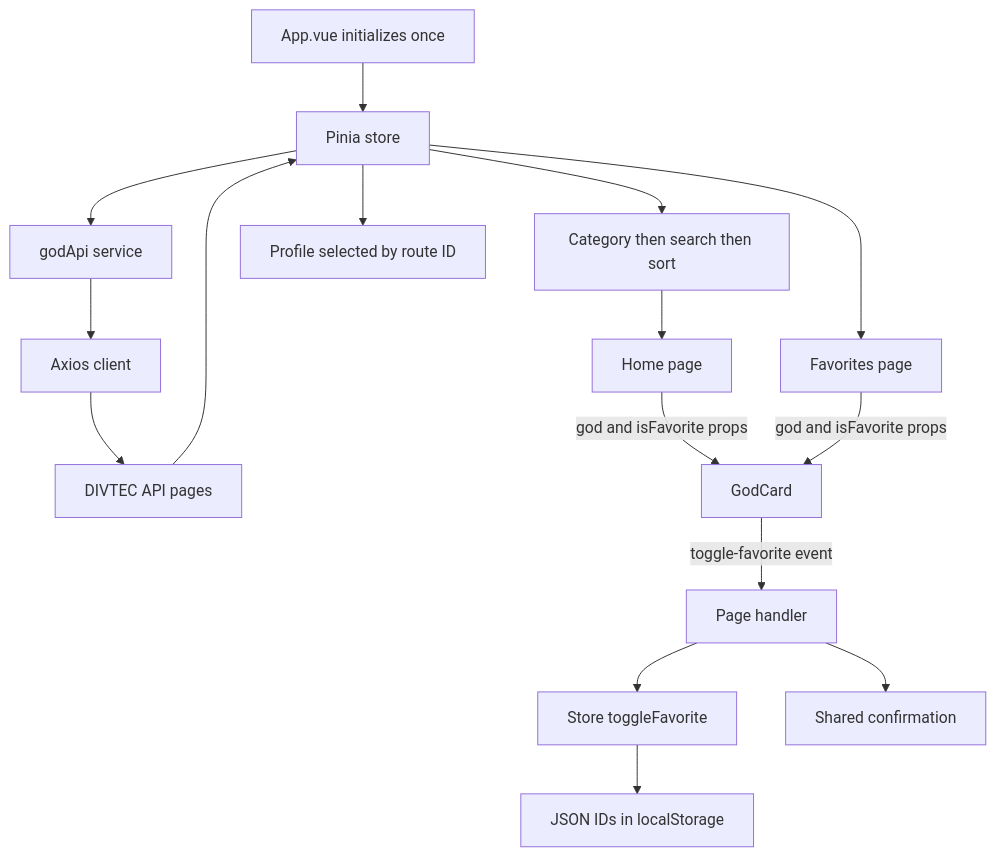
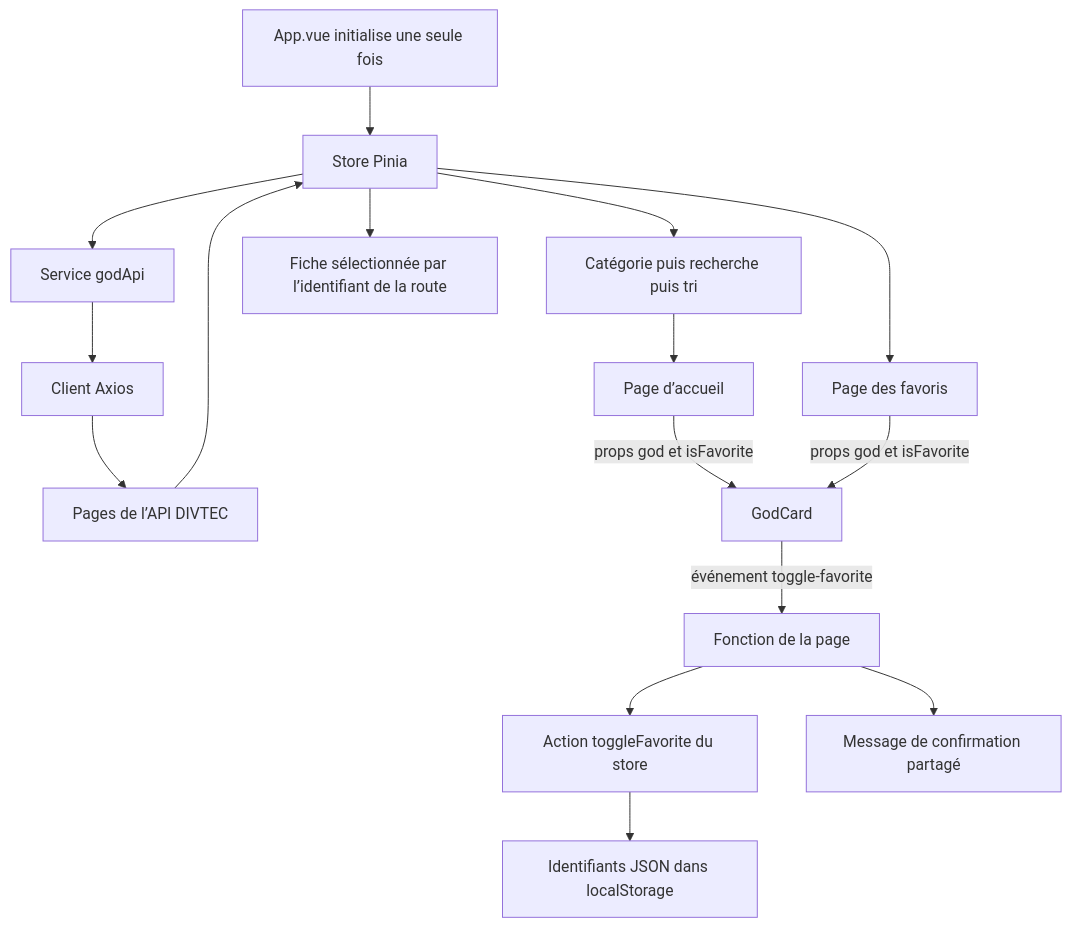
Before and after one commit to Loris-seganfredo/294-projet-dieuGrec-segalor: the diagram in README.md, drawn with Mermaid. The commit also changed other lines of this file, not shown here.

````diff
--- a/README.md
+++ b/README.md
@@ -115,18 +115,18 @@
 ```mermaid
 flowchart TD
-    App[App.vue initializes once] --> Store[Pinia store]
-    Store --> Service[godApi service]
-    Service --> Axios[Axios client]
-    Axios --> API[DIVTEC API pages]
+    App[App.vue initialise une seule fois] --> Store[Store Pinia]
+    Store --> Service[Service godApi]
+    Service --> Axios[Client Axios]
+    Axios --> API[Pages de l’API DIVTEC]
     API --> Store
-    Store --> Computed[Category then search then sort]
-    Computed --> Page[Home page]
-    Store --> Favorites[Favorites page]
-    Page -->|god and isFavorite props| Card[GodCard]
-    Favorites -->|god and isFavorite props| Card
-    Card -->|toggle-favorite event| Handler[Page handler]
-    Handler --> Action[Store toggleFavorite]
-    Action --> Storage[JSON IDs in localStorage]
-    Handler --> Snackbar[Shared confirmation]
-    Store --> Detail[Profile selected by route ID]
+    Store --> Computed[Catégorie puis recherche puis tri]
+    Computed --> Page[Page d’accueil]
+    Store --> Favorites[Page des favoris]
+    Page -->|props god et isFavorite| Card[GodCard]
+    Favorites -->|props god et isFavorite| Card
+    Card -->|événement toggle-favorite| Handler[Fonction de la page]
+    Handler --> Action[Action toggleFavorite du store]
+    Action --> Storage[Identifiants JSON dans localStorage]
+    Handler --> Snackbar[Message de confirmation partagé]
+    Store --> Detail[Fiche sélectionnée par l’identifiant de la route]
 ```
````
